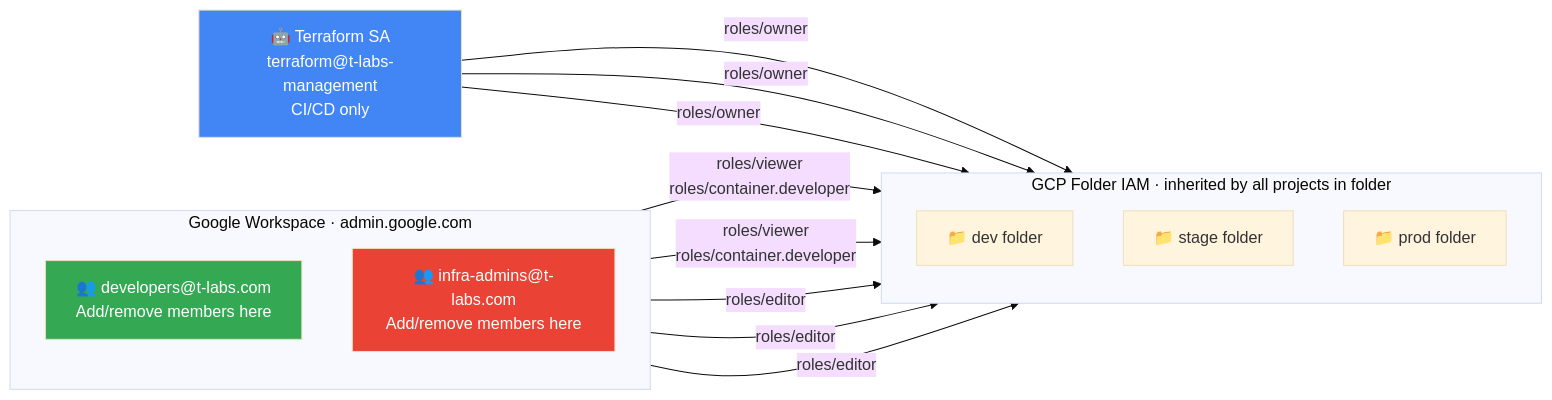
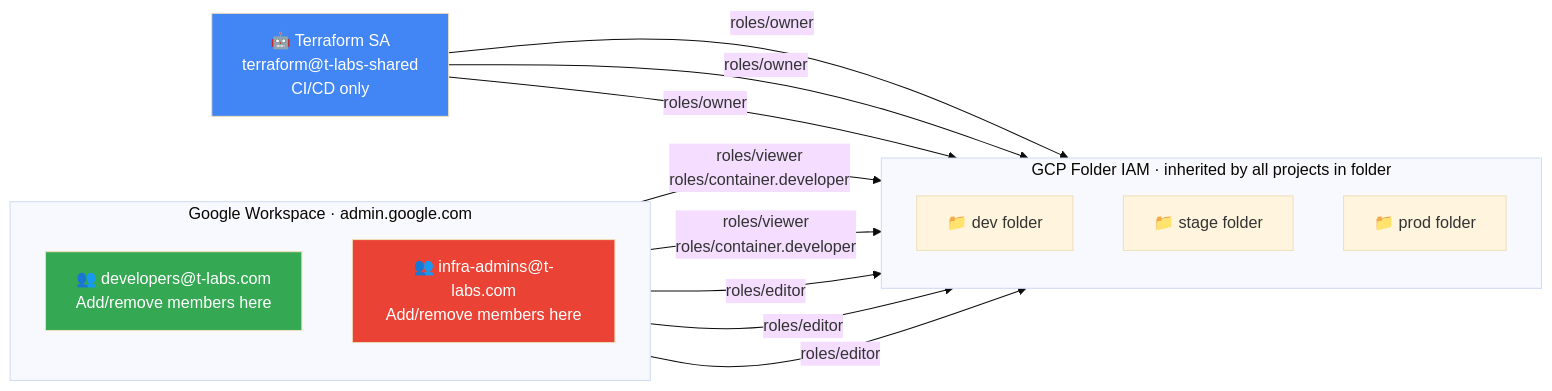
The second of 4 diagrams in README.md (arpeetk/t-labs), drawn with Mermaid (base theme) before and after one commit. The commit also changed other lines of this file and 16 other files, not shown here.

First line of the commit message:
Rename management → shared project, add org policies and audit logging

````diff
--- a/README.md
+++ b/README.md
@@ -46,31 +46,31 @@
 ```mermaid
 graph LR
     subgraph GWS["Google Workspace · admin.google.com"]
         direction TB
         DG["👥 developers@t-labs.com<br/>Add/remove members here"]
         IG["👥 infra-admins@t-labs.com<br/>Add/remove members here"]
     end
 
     subgraph FOLDERS["GCP Folder IAM · inherited by all projects in folder"]
         direction TB
         FD["📁 dev folder"]
         FST["📁 stage folder"]
         FP["📁 prod folder"]
     end
 
     DG -->|"roles/viewer<br/>roles/container.developer"| FD
     DG -->|"roles/viewer<br/>roles/container.developer"| FST
 
     IG -->|"roles/editor"| FD
     IG -->|"roles/editor"| FST
     IG -->|"roles/editor"| FP
 
-    TF["🤖 Terraform SA<br/>terraform@t-labs-management<br/>CI/CD only"]
+    TF["🤖 Terraform SA<br/>terraform@t-labs-shared<br/>CI/CD only"]
     TF -->|"roles/owner"| FD
     TF -->|"roles/owner"| FST
     TF -->|"roles/owner"| FP
 
     style DG fill:#34a853,color:#fff
     style IG fill:#ea4335,color:#fff
     style TF fill:#4285F4,color:#fff
 ```
````
